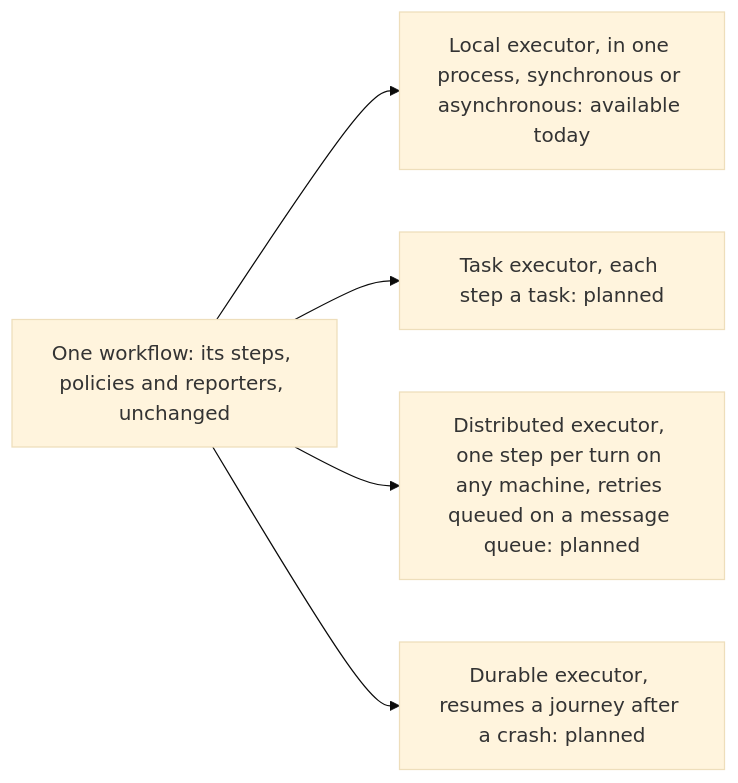
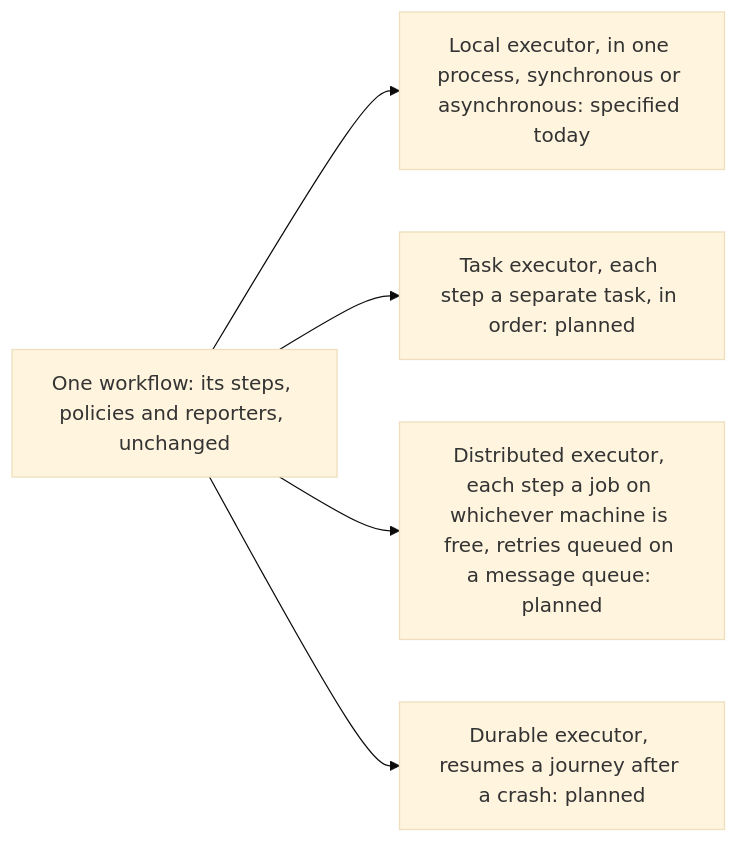
Before and after one commit to itinera-dev/itinera-dev.github.io: the second of 2 diagrams in content/index.md, drawn with Mermaid (base theme). The commit also changed other lines of this file and 6 other files, not shown here.

````diff
--- a/content/index.md
+++ b/content/index.md
@@ -106,9 +106,9 @@
 ```mermaid
 flowchart LR
     accTitle: One workflow, many executors
-    accDescr: The same workflow, with its steps, policies and reporters unchanged, can be handed to different executors. The local executor, synchronous or asynchronous, is available today. An executor that runs each step as a task, one that runs one step per turn on any machine with retries queued on a message queue, and a durable executor that resumes a journey after a crash, are planned.
-    W[One workflow: its steps, policies and reporters, unchanged] --> L[Local executor, in one process, synchronous or asynchronous: available today]
-    W --> T[Task executor, each step a task: planned]
-    W --> D[Distributed executor, one step per turn on any machine, retries queued on a message queue: planned]
+    accDescr: The same workflow, with its steps, policies and reporters unchanged, can be handed to different executors. The local executor, synchronous or asynchronous, is the one specified today. An executor that runs each step as a separate task, in order, one that runs each step as its own job on whichever machine is free with retries queued on a message queue, and a durable executor that resumes a journey after a crash, are planned.
+    W[One workflow: its steps, policies and reporters, unchanged] --> L[Local executor, in one process, synchronous or asynchronous: specified today]
+    W --> T[Task executor, each step a separate task, in order: planned]
+    W --> D[Distributed executor, each step a job on whichever machine is free, retries queued on a message queue: planned]
     W --> P[Durable executor, resumes a journey after a crash: planned]
 ```
````
